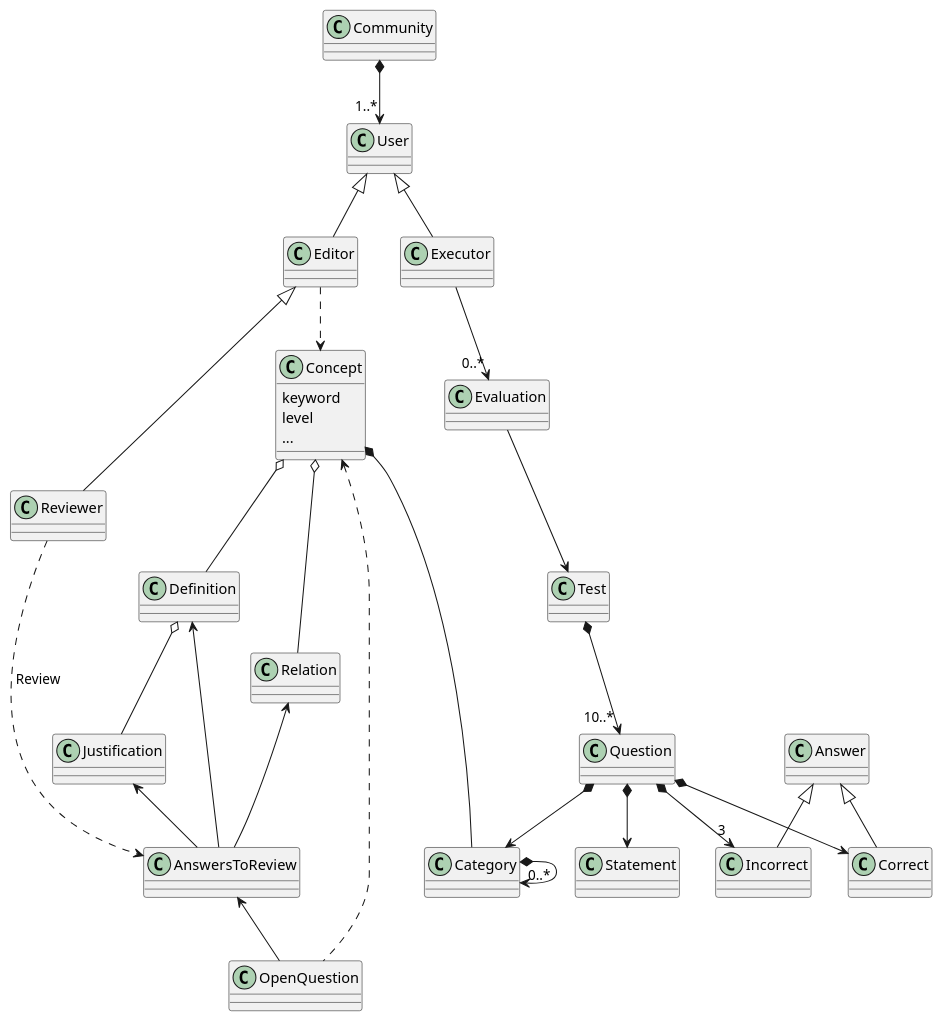
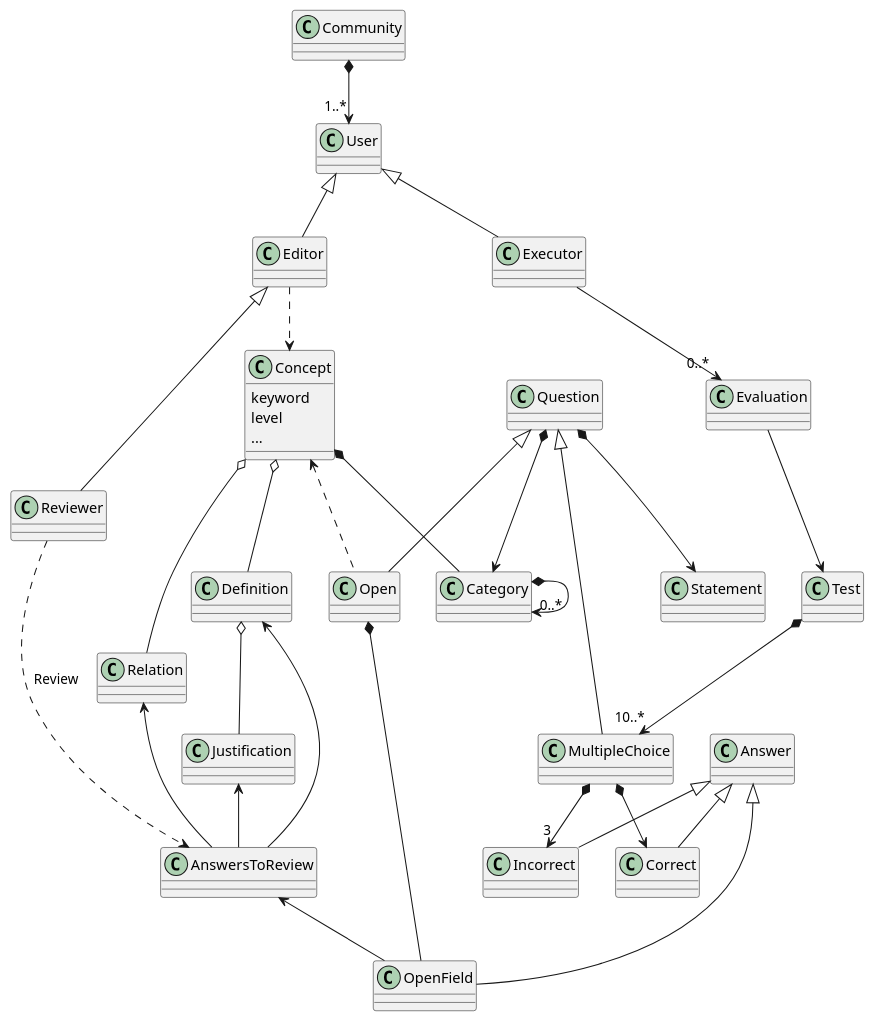
The diagram in doc/dominio_clases.puml (Joselon/ProyectoOpoTest), drawn with PlantUML before and after one commit. The commit also changed 1 other file, not shown here.

```diff
--- a/doc/dominio_clases.puml
+++ b/doc/dominio_clases.puml
@@ -1,78 +1,82 @@
 @startuml OpoTestDomain
 
 class Community
 
 class User
 
 class Reviewer
 
 class Editor 
 
 class Executor
 
 class Evaluation
 
 class Category 
 
 class Test 
 
 class AnswersToReview
 
 class Concept {
     keyword
     level
     ...
 }
 
-class OpenQuestion {
-}
+class Open 
 
-class Question {
-}
+class Question
+
+class MultipleChoice
 
 class Statement
 
 class Answer 
 
 class Correct
 
 Class Incorrect
 
 Community *--> "1..*" User
 'Community *--> Concept
 
 
 User <|-- Editor
 Editor <|--  Reviewer
 User <|-- Executor
 
-AnswersToReview <-- OpenQuestion
+AnswersToReview <-- OpenField
 Definition <-- AnswersToReview
 Justification <-- AnswersToReview
 Relation <-- AnswersToReview
 
 Concept *-- Category
 Concept o-- Definition
 Definition o-- Justification
 Concept o-- Relation
 
 Executor --> "0..*" Evaluation
 Evaluation --> Test
 
 Editor ..> Concept
-Concept <.. OpenQuestion
+Concept <.. Open
 'OpenQuestion --> Question
 Reviewer ..> AnswersToReview : Review
-
-Test *--> "10..*" Question
+Question <|-- MultipleChoice
+Question <|-- Open
+Test *--> "10..*" MultipleChoice
 Question *-->   Statement
-Question *--> "3" Incorrect
-Question *-->   Correct
+MultipleChoice *--> "3" Incorrect
+MultipleChoice *-->   Correct
 Answer <|-- Correct
 Answer <|-- Incorrect
+Answer <|-- OpenField
+Open *--OpenField
 
 Question *--> Category
 Category *-->"0..*" Category
 
 
+
 @enduml
```
